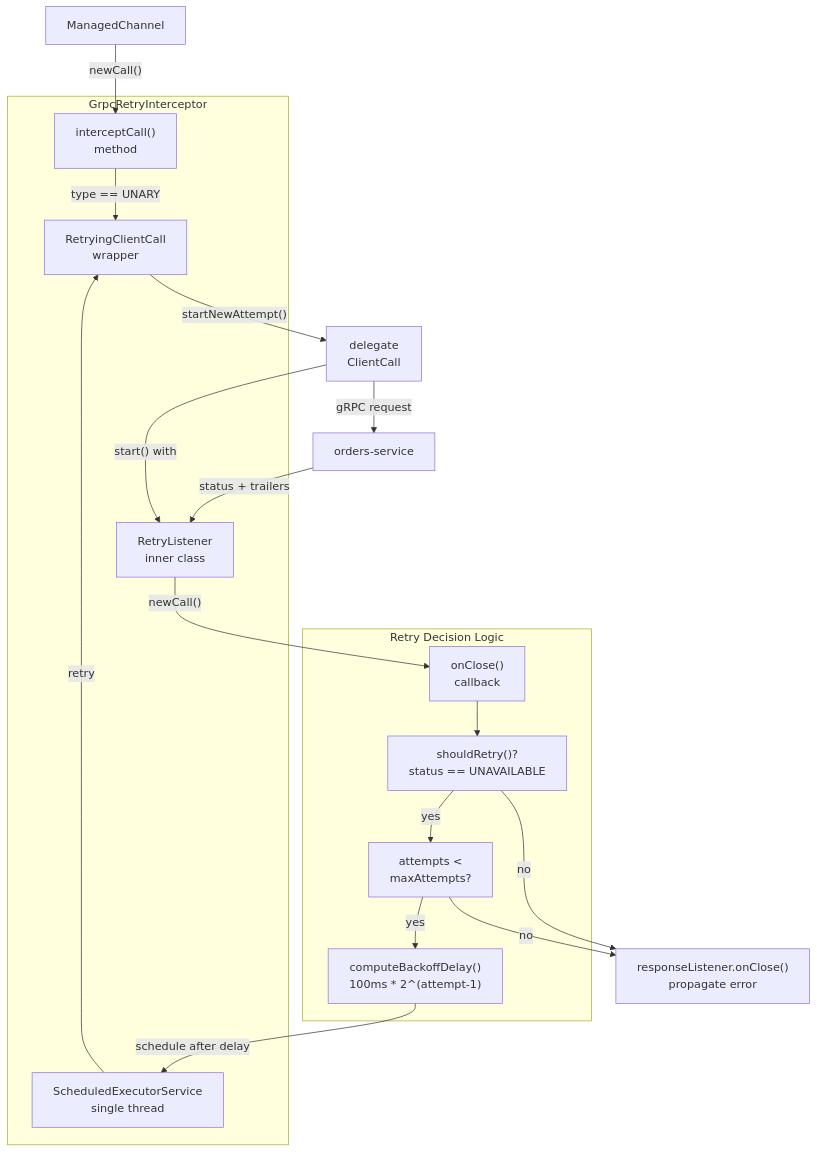
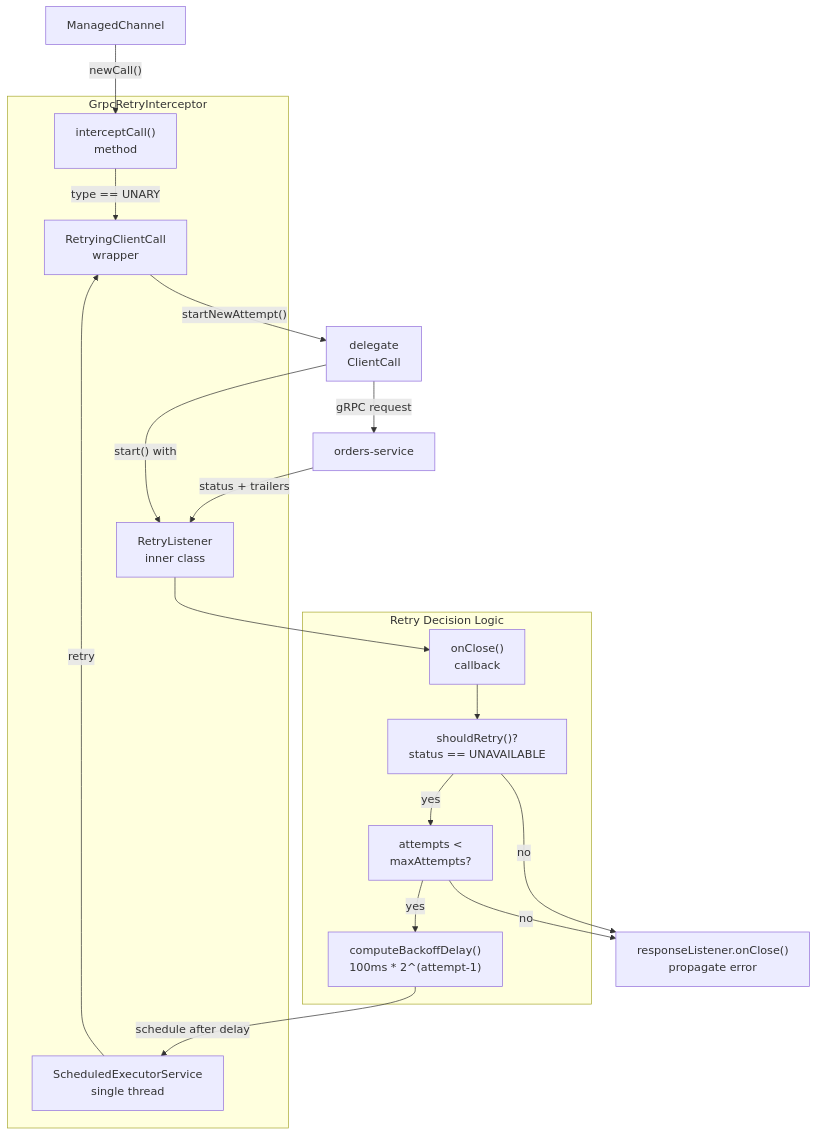
Before and after one commit to philipz/spring-modular-monolith: the fourth of 7 diagrams in docs/deepwiki/gRPC-Client-and-Retry-Logic.md, drawn with Mermaid. The commit also changed other lines of this file and 32 other files, not shown here.

````diff
--- a/docs/deepwiki/gRPC-Client-and-Retry-Logic.md
+++ b/docs/deepwiki/gRPC-Client-and-Retry-Logic.md
@@ -195,45 +195,45 @@
 ```mermaid
 flowchart TD
 
 Interceptor["interceptCall()<br>method"]
 RetryingClientCall["RetryingClientCall<br>wrapper"]
 RetryListener["RetryListener<br>inner class"]
 Scheduler["ScheduledExecutorService<br>single thread"]
 OnClose["onClose()<br>callback"]
 ShouldRetry["shouldRetry()?<br>status == UNAVAILABLE"]
 CheckAttempts["attempts <<br>maxAttempts?"]
 ComputeBackoff["computeBackoffDelay()<br>100ms * 2^(attempt-1)"]
 Channel["ManagedChannel"]
 Delegate["delegate<br>ClientCall"]
 Server["orders-service"]
 ResponseListener["responseListener.onClose()<br>propagate error"]
 
 Channel -->|"newCall()"| Interceptor
 RetryingClientCall -->|"startNewAttempt()"| Delegate
 Delegate -->|"start() with"| RetryListener
 Delegate -->|"gRPC request"| Server
 Server -->|"status + trailers"| RetryListener
-RetryListener -->|"newCall()"| OnClose
+RetryListener --> OnClose
 ShouldRetry -->|"no"| ResponseListener
 CheckAttempts -->|"no"| ResponseListener
 ComputeBackoff -->|"schedule after delay"| Scheduler
 
 subgraph subGraph1 ["Retry Decision Logic"]
     OnClose
     ShouldRetry
     CheckAttempts
     ComputeBackoff
     OnClose --> ShouldRetry
     ShouldRetry -->|"yes"| CheckAttempts
     CheckAttempts -->|"yes"| ComputeBackoff
 end
 
 subgraph GrpcRetryInterceptor ["GrpcRetryInterceptor"]
     Interceptor
     RetryingClientCall
     RetryListener
     Scheduler
     Interceptor -->|"type == UNARY"| RetryingClientCall
     Scheduler -->|"retry"| RetryingClientCall
 end
 ```
````
